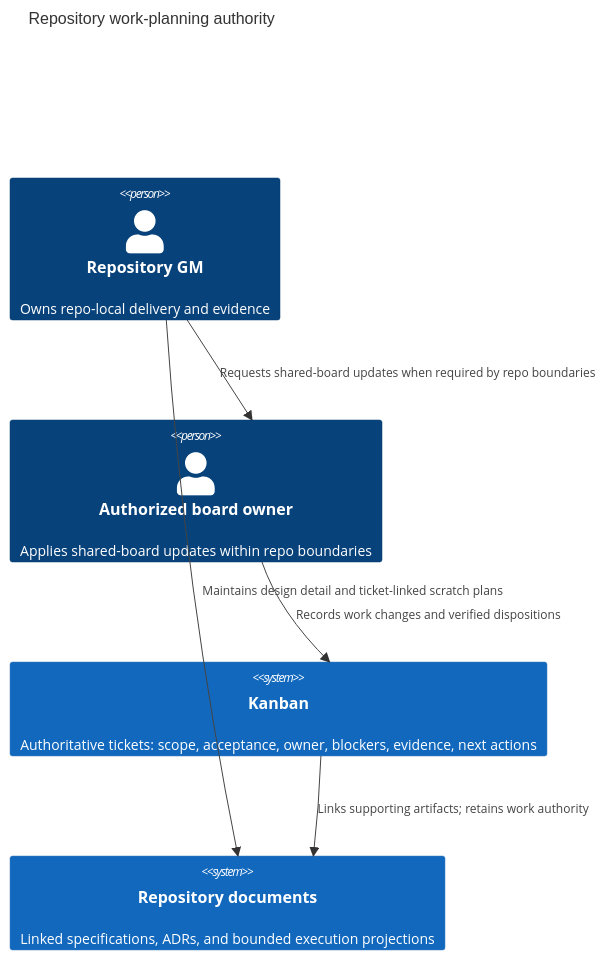
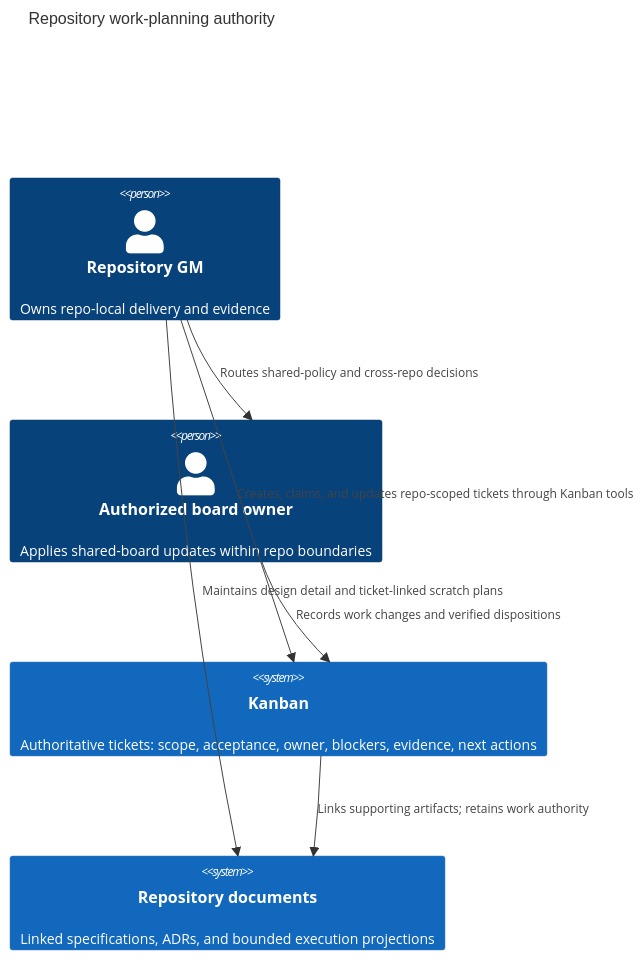
The first of 31 diagrams in docs/architecture.md (tS7hKamAYL84j91/pi-tools-and-skills), drawn with Mermaid before and after one commit. The commit also changed other lines of this file and 8 other files, not shown here.

````diff
--- a/docs/architecture.md
+++ b/docs/architecture.md
@@ -11,12 +11,13 @@
 ```mermaid
 C4Context
     title Repository work-planning authority
     Person(gm, "Repository GM", "Owns repo-local delivery and evidence")
     Person(boardOwner, "Authorized board owner", "Applies shared-board updates within repo boundaries")
     System(board, "Kanban", "Authoritative tickets: scope, acceptance, owner, blockers, evidence, next actions")
     System(docs, "Repository documents", "Linked specifications, ADRs, and bounded execution projections")
-    Rel(gm, boardOwner, "Requests shared-board updates when required by repo boundaries")
+    Rel(gm, board, "Creates, claims, and updates repo-scoped tickets through Kanban tools")
+    Rel(gm, boardOwner, "Routes shared-policy and cross-repo decisions")
     Rel(boardOwner, board, "Records work changes and verified dispositions")
     Rel(gm, docs, "Maintains design detail and ticket-linked scratch plans")
     Rel(board, docs, "Links supporting artifacts; retains work authority")
 ```
````
